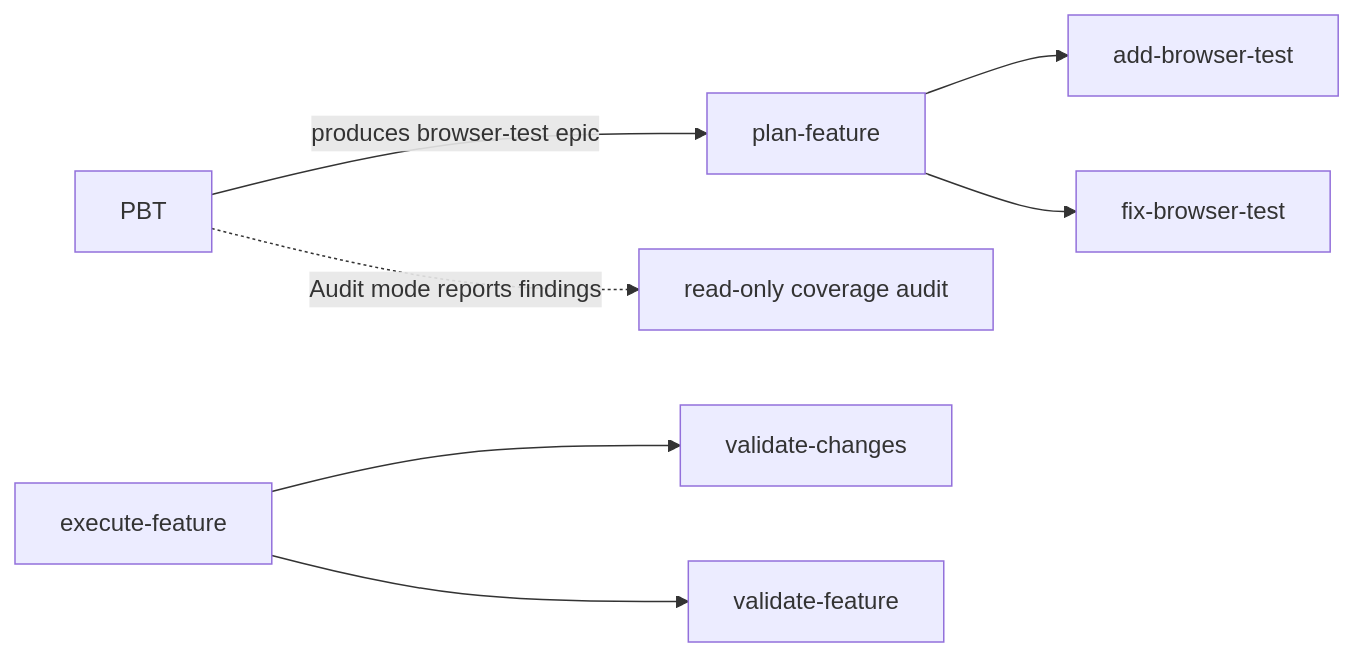
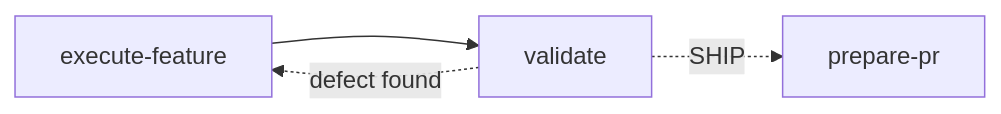
One commit to pnewsam/skills changed the sixth of 6 diagrams in README.md. Above: the diagram before and after it, drawn with Mermaid. The commit also changed other lines of this file, not shown here.

First line of the commit message:
docs(readme): reflect analyze/validate collapse and the redundancy eviction

````diff
--- a/README.md
+++ b/README.md
@@ -224,9 +222,6 @@
 ```mermaid
 flowchart LR
-    PBT -->|produces browser-test epic| PF2[plan-feature]
-    PBT -.->|Audit mode reports findings| AUD[read-only coverage audit]
-    PF2 --> ABT[add-browser-test]
-    PF2 --> FBT[fix-browser-test]
-    EF2[execute-feature] --> VC[validate-changes]
-    EF2 --> VF2[validate-feature]
+    EF2[execute-feature] --> V[validate]
+    V -.->|SHIP| PPR[prepare-pr]
+    V -.->|defect found| EF2
 ```
````
